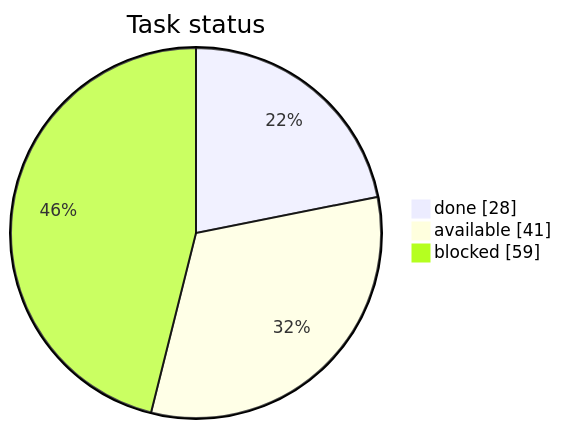
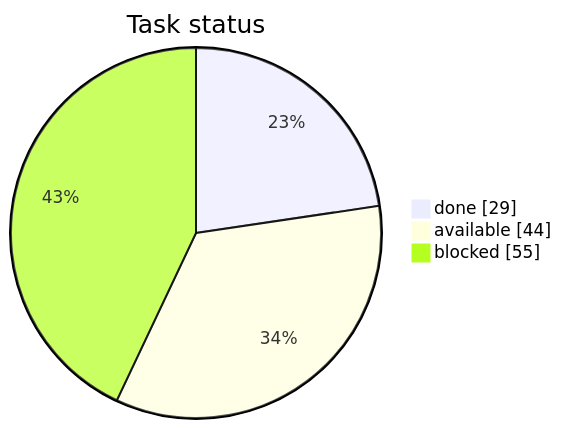
Before and after one commit to artemiiShabanov/RallyRivals: the first of 3 diagrams in STATUS.md, drawn with Mermaid. The commit also changed other lines of this file and 4 other files, not shown here.

````diff
--- a/STATUS.md
+++ b/STATUS.md
@@ -7,7 +7,7 @@
 ```mermaid
 pie showData
     title Task status
-    "done" : 28
-    "available" : 41
-    "blocked" : 59
+    "done" : 29
+    "available" : 44
+    "blocked" : 55
 ```
````
